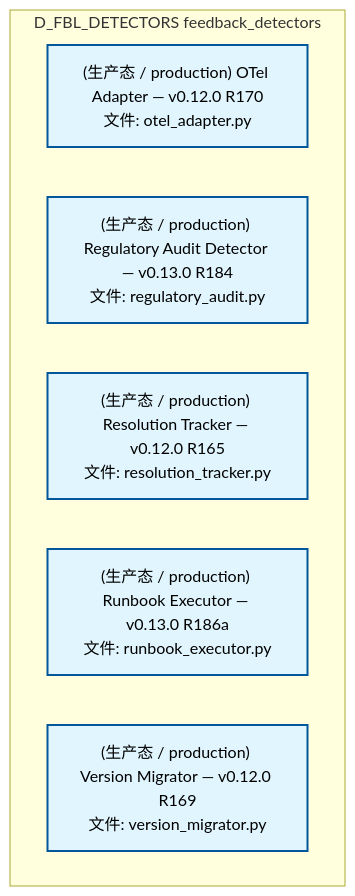
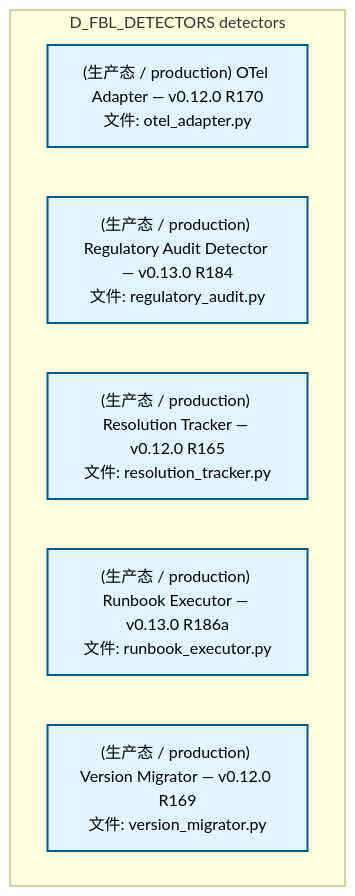
The third of 6 diagrams in docs/02_enterprise_architecture/02_domain_architecture_docs/11_d_fbl_detectors.md (xuanFelixVan/ZephyrAlpha), drawn with Mermaid before and after one commit. The commit also changed other lines of this file and 116 other files, not shown here.

````diff
--- a/docs/02_enterprise_architecture/02_domain_architecture_docs/11_d_fbl_detectors.md
+++ b/docs/02_enterprise_architecture/02_domain_architecture_docs/11_d_fbl_detectors.md
@@ -233,15 +230,15 @@
 ```mermaid
 graph TD
-    subgraph D_FBL_DETECTORS["D_FBL_DETECTORS feedback_detectors"]
+    subgraph D_FBL_DETECTORS["D_FBL_DETECTORS detectors"]
         src_zephyr_feedback_loop_detectors_reliability_otel_adapter_py["(生产态 / production) OTel Adapter — v0.12.0 R170<br/>文件: otel_adapter.py"]
         src_zephyr_feedback_loop_detectors_reliability_regulatory_audit_py["(生产态 / production) Regulatory Audit Detector — v0.13.0 R184<br/>文件: regulatory_audit.py"]
         src_zephyr_feedback_loop_detectors_reliability_resolution_tracker_py["(生产态 / production) Resolution Tracker — v0.12.0 R165<br/>文件: resolution_tracker.py"]
         src_zephyr_feedback_loop_detectors_reliability_runbook_executor_py["(生产态 / production) Runbook Executor — v0.13.0 R186a<br/>文件: runbook_executor.py"]
         src_zephyr_feedback_loop_detectors_reliability_version_migrator_py["(生产态 / production) Version Migrator — v0.12.0 R169<br/>文件: version_migrator.py"]
     end
     classDef production fill:#e1f5fe,stroke:#01579b,stroke-width:2px,color:#000
     classDef design fill:#fff3e0,stroke:#e65100,stroke-width:2px,color:#000,stroke-dasharray: 5 5
     classDef external_prod fill:#e8f5e9,stroke:#1b5e20,stroke-width:1px,color:#000
     classDef external_design fill:#fce4ec,stroke:#880e4f,stroke-width:1px,color:#000,stroke-dasharray: 5 5
     class src_zephyr_feedback_loop_detectors_reliability_otel_adapter_py,src_zephyr_feedback_loop_detectors_reliability_regulatory_audit_py,src_zephyr_feedback_loop_detectors_reliability_resolution_tracker_py,src_zephyr_feedback_loop_detectors_reliability_runbook_executor_py,src_zephyr_feedback_loop_detectors_reliability_version_migrator_py production
 ```
````
